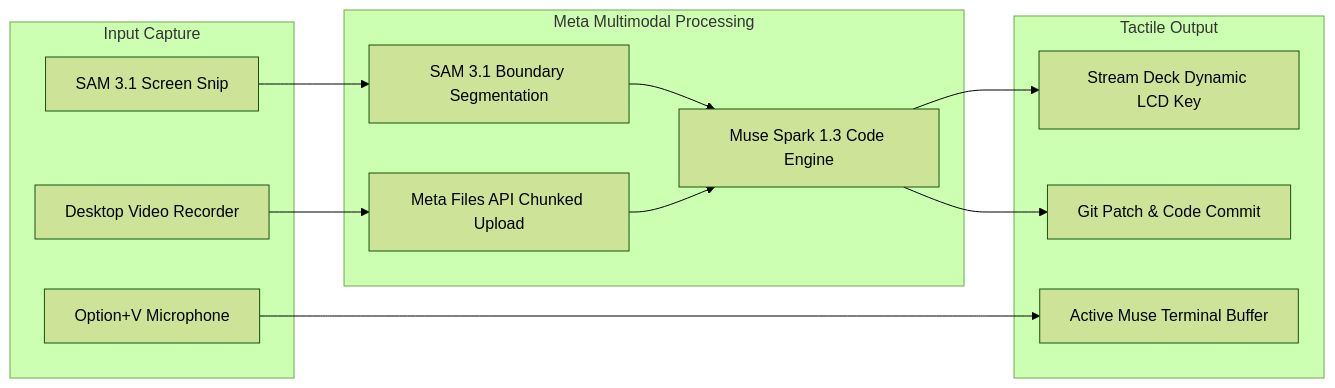
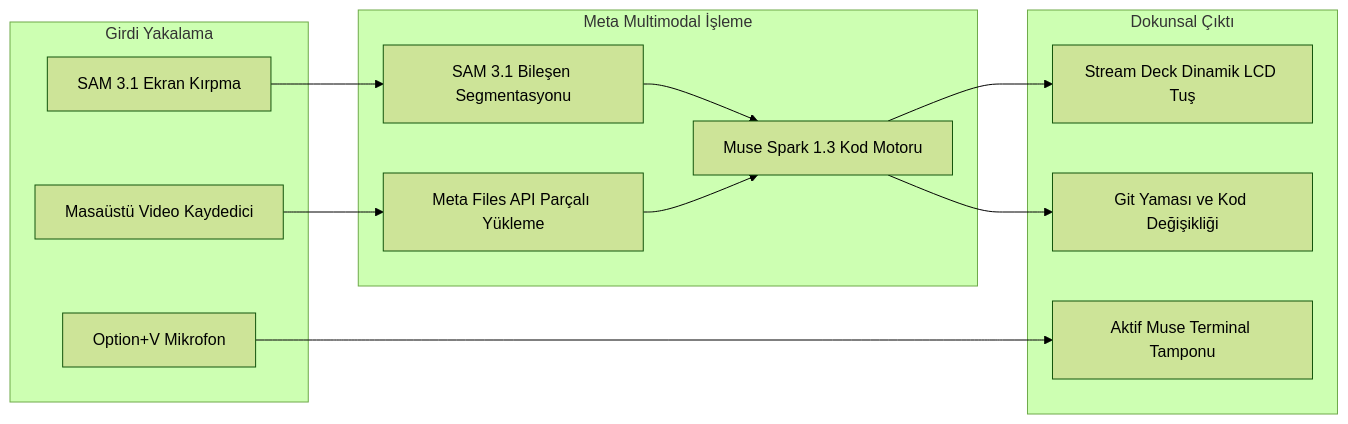
One commit to memetcircus/musedeck changed the second of 3 diagrams in README.md. Above: the diagram before and after it, drawn with Mermaid (forest theme). The commit also changed other lines of this file and 5 other files, not shown here.

````diff
--- a/README.md
+++ b/README.md
@@ -121,24 +207,24 @@
 ```mermaid
 flowchart LR
-    subgraph Ingestion["Input Capture"]
-        Snip["SAM 3.1 Screen Snip"]
-        Video["Desktop Video Recorder"]
-        Voice["Option+V Microphone"]
+    subgraph Ingestion["Girdi Yakalama"]
+        Snip["SAM 3.1 Ekran Kırpma"]
+        Video["Masaüstü Video Kaydedici"]
+        Voice["Option+V Mikrofon"]
     end
 
-    subgraph MetaProcessing["Meta Multimodal Processing"]
-        SAM_Proc["SAM 3.1 Boundary Segmentation"]
-        Files_Proc["Meta Files API Chunked Upload"]
-        Spark_Proc["Muse Spark 1.3 Code Engine"]
+    subgraph MetaProcessing["Meta Multimodal İşleme"]
+        SAM_Proc["SAM 3.1 Bileşen Segmentasyonu"]
+        Files_Proc["Meta Files API Parçalı Yükleme"]
+        Spark_Proc["Muse Spark 1.3 Kod Motoru"]
     end
 
-    subgraph Synthesis["Tactile Output"]
-        Deck["Stream Deck Dynamic LCD Key"]
-        Term["Active Muse Terminal Buffer"]
-        Patch["Git Patch & Code Commit"]
+    subgraph Synthesis["Dokunsal Çıktı"]
+        Deck["Stream Deck Dinamik LCD Tuş"]
+        Term["Aktif Muse Terminal Tamponu"]
+        Patch["Git Yaması ve Kod Değişikliği"]
     end
 
     Snip --> SAM_Proc --> Spark_Proc --> Deck
     Video --> Files_Proc --> Spark_Proc --> Patch
     Voice --> Term
 ```
````
